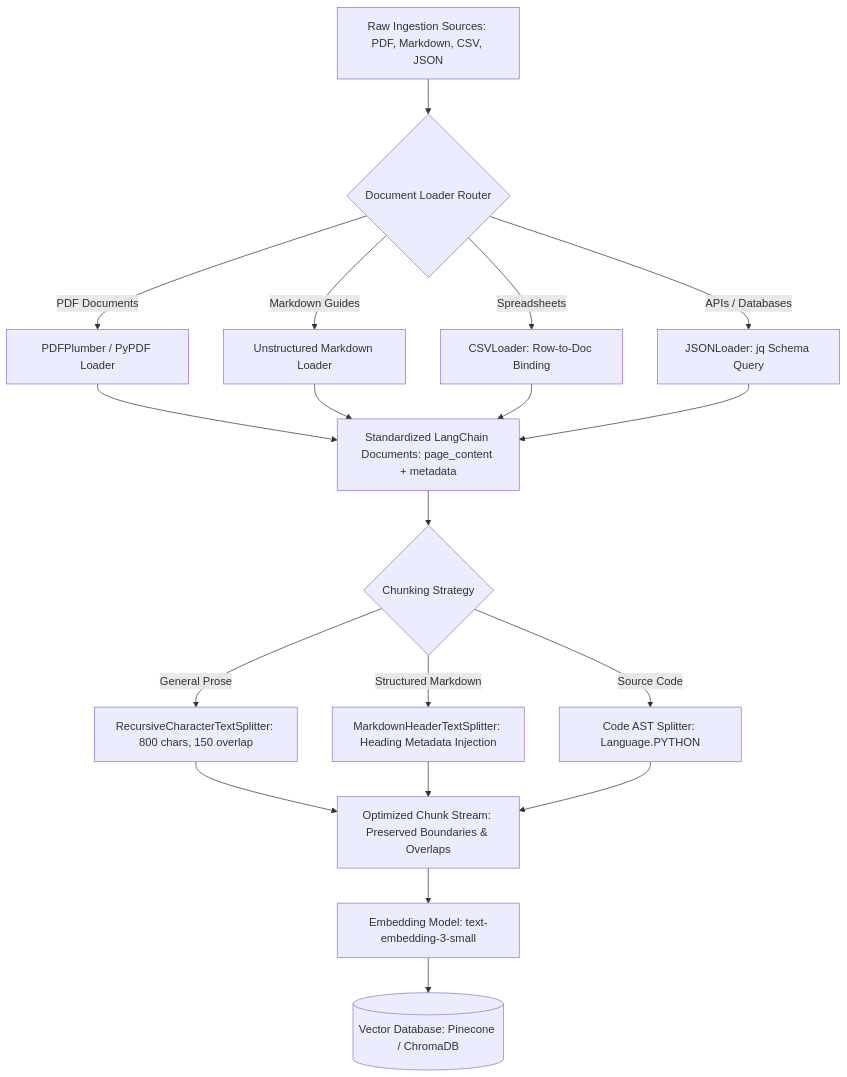
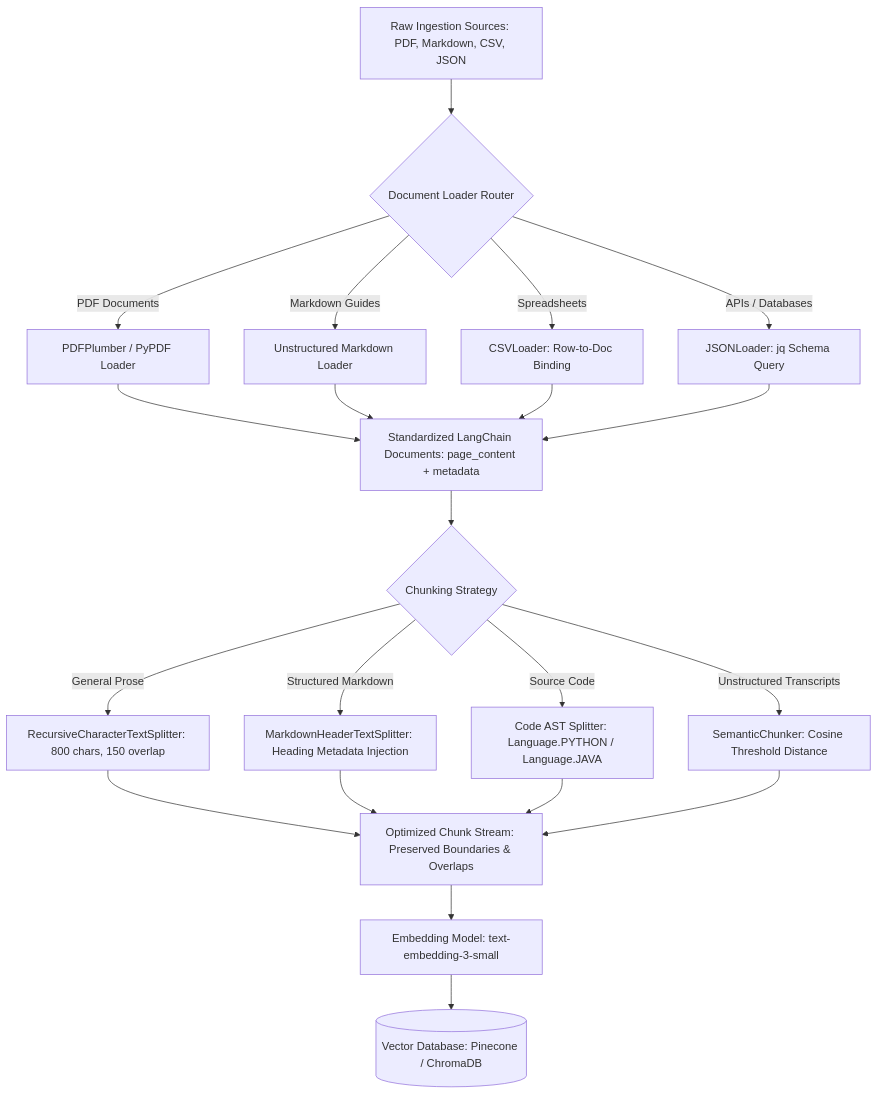
Before and after one commit to SrinuRenangi/Gen-AI: the diagram in 4. Advanced Data Retrieval & Vector Databases/Data Pipelines - Using Document Loaders for unstructured data (CSV, JSON, Markdown, PDFs) and applying effective chunking strategies to preserve context during retrieval.md, drawn with Mermaid. The commit also changed other lines of this file and 63 other files, not shown here.

````diff
--- a/4. Advanced Data Retrieval & Vector Databases/Data Pipelines - Using Document Loaders for unstructured data (CSV, JSON, Markdown, PDFs) and applying effective chunking strategies to preserve context during retrieval.md
+++ b/4. Advanced Data Retrieval & Vector Databases/Data Pipelines - Using Document Loaders for unstructured data (CSV, JSON, Markdown, PDFs) and applying effective chunking strategies to preserve context during retrieval.md
@@ -457,26 +561,28 @@
 ```mermaid
 graph TD
     RawFiles[Raw Ingestion Sources: PDF, Markdown, CSV, JSON] --> LoaderRouter{Document Loader Router}
     
     LoaderRouter -->|PDF Documents| PDF[PDFPlumber / PyPDF Loader]
     LoaderRouter -->|Markdown Guides| MD[Unstructured Markdown Loader]
     LoaderRouter -->|Spreadsheets| CSV[CSVLoader: Row-to-Doc Binding]
     LoaderRouter -->|APIs / Databases| JSON[JSONLoader: jq Schema Query]
     
     PDF --> StandardDocs[Standardized LangChain Documents: page_content + metadata]
     MD --> StandardDocs
     CSV --> StandardDocs
     JSON --> StandardDocs
     
     StandardDocs --> SplitterStrategy{Chunking Strategy}
     SplitterStrategy -->|General Prose| Recursive[RecursiveCharacterTextSplitter: 800 chars, 150 overlap]
     SplitterStrategy -->|Structured Markdown| MDHeader[MarkdownHeaderTextSplitter: Heading Metadata Injection]
-    SplitterStrategy -->|Source Code| ASTCode[Code AST Splitter: Language.PYTHON]
+    SplitterStrategy -->|Source Code| ASTCode[Code AST Splitter: Language.PYTHON / Language.JAVA]
+    SplitterStrategy -->|Unstructured Transcripts| Semantic[SemanticChunker: Cosine Threshold Distance]
     
     Recursive --> FinalChunks[Optimized Chunk Stream: Preserved Boundaries & Overlaps]
     MDHeader --> FinalChunks
     ASTCode --> FinalChunks
+    Semantic --> FinalChunks
     
     FinalChunks --> Embedder[Embedding Model: text-embedding-3-small]
     Embedder --> VectorDB[(Vector Database: Pinecone / ChromaDB)]
 ```
````
